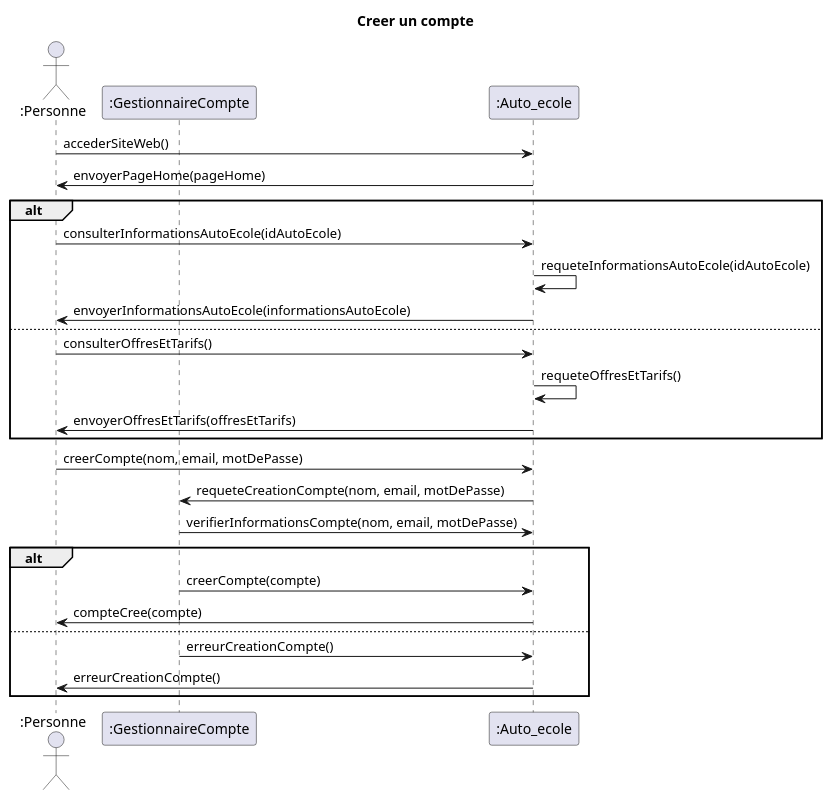
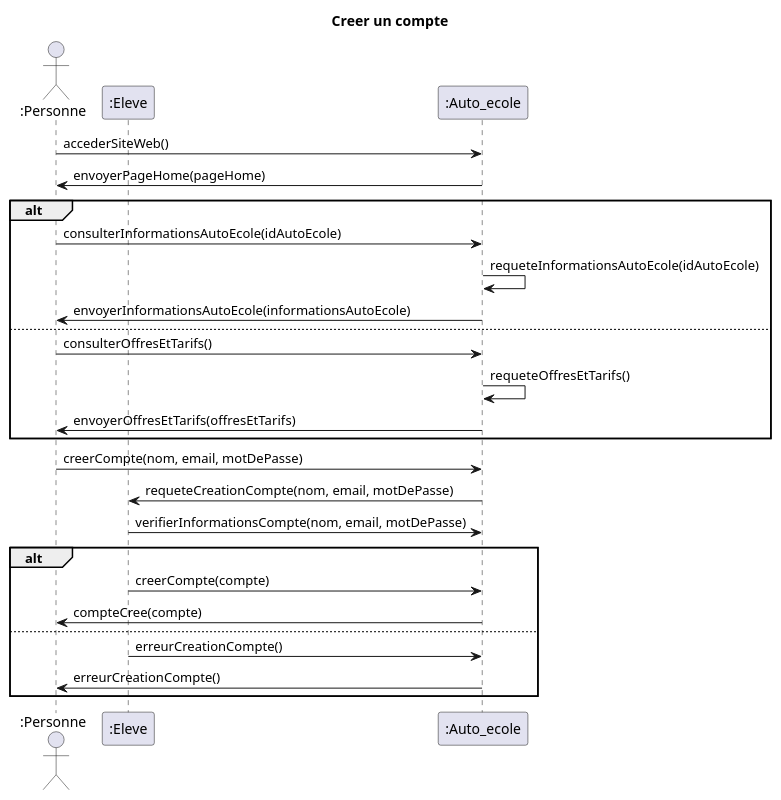
Before and after one commit to jerbi2026/Auto_ecole: the diagram in Diagrammes/Diagramme de sequence/creer_compte.pu, drawn with PlantUML. The commit also changed 7 other files, not shown here.

```diff
--- a/Diagrammes/Diagramme de sequence/creer_compte.pu
+++ b/Diagrammes/Diagramme de sequence/creer_compte.pu
@@ -1,31 +1,31 @@
 @startuml
 title Creer un compte
 
 actor ":Personne" as Internaute
-participant ":GestionnaireCompte" as GestionnaireCompte
+participant ":Eleve" as Eleve
 participant ":Auto_ecole" as Auto_ecole
 
 Internaute->Auto_ecole: accederSiteWeb()
 Auto_ecole->Internaute: envoyerPageHome(pageHome)
 
 alt
     Internaute->Auto_ecole: consulterInformationsAutoEcole(idAutoEcole)
     Auto_ecole->Auto_ecole: requeteInformationsAutoEcole(idAutoEcole)
     Auto_ecole->Internaute: envoyerInformationsAutoEcole(informationsAutoEcole)
 else
     Internaute->Auto_ecole: consulterOffresEtTarifs()
     Auto_ecole->Auto_ecole: requeteOffresEtTarifs()
     Auto_ecole->Internaute: envoyerOffresEtTarifs(offresEtTarifs)
 end
 
 Internaute->Auto_ecole: creerCompte(nom, email, motDePasse)
-Auto_ecole->GestionnaireCompte: requeteCreationCompte(nom, email, motDePasse)
-GestionnaireCompte->Auto_ecole: verifierInformationsCompte(nom, email, motDePasse)
+Auto_ecole->Eleve: requeteCreationCompte(nom, email, motDePasse)
+Eleve->Auto_ecole: verifierInformationsCompte(nom, email, motDePasse)
 alt
-    GestionnaireCompte->Auto_ecole: creerCompte(compte)
+    Eleve->Auto_ecole: creerCompte(compte)
     Auto_ecole->Internaute: compteCree(compte)
 else
-    GestionnaireCompte->Auto_ecole: erreurCreationCompte()
+    Eleve->Auto_ecole: erreurCreationCompte()
     Auto_ecole->Internaute: erreurCreationCompte()
 end
 @enduml
```
